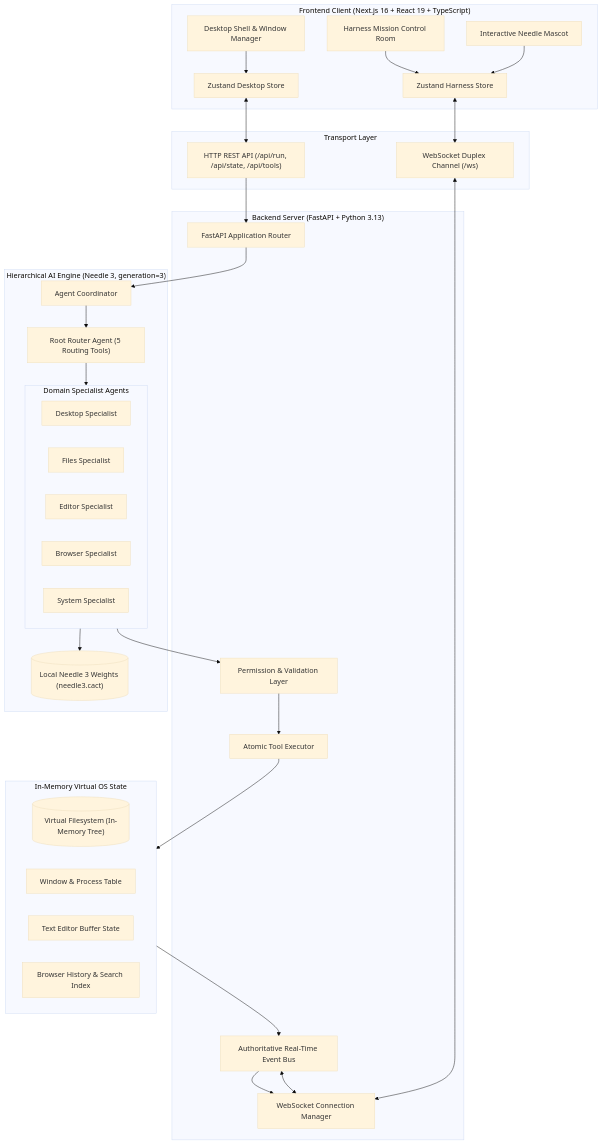
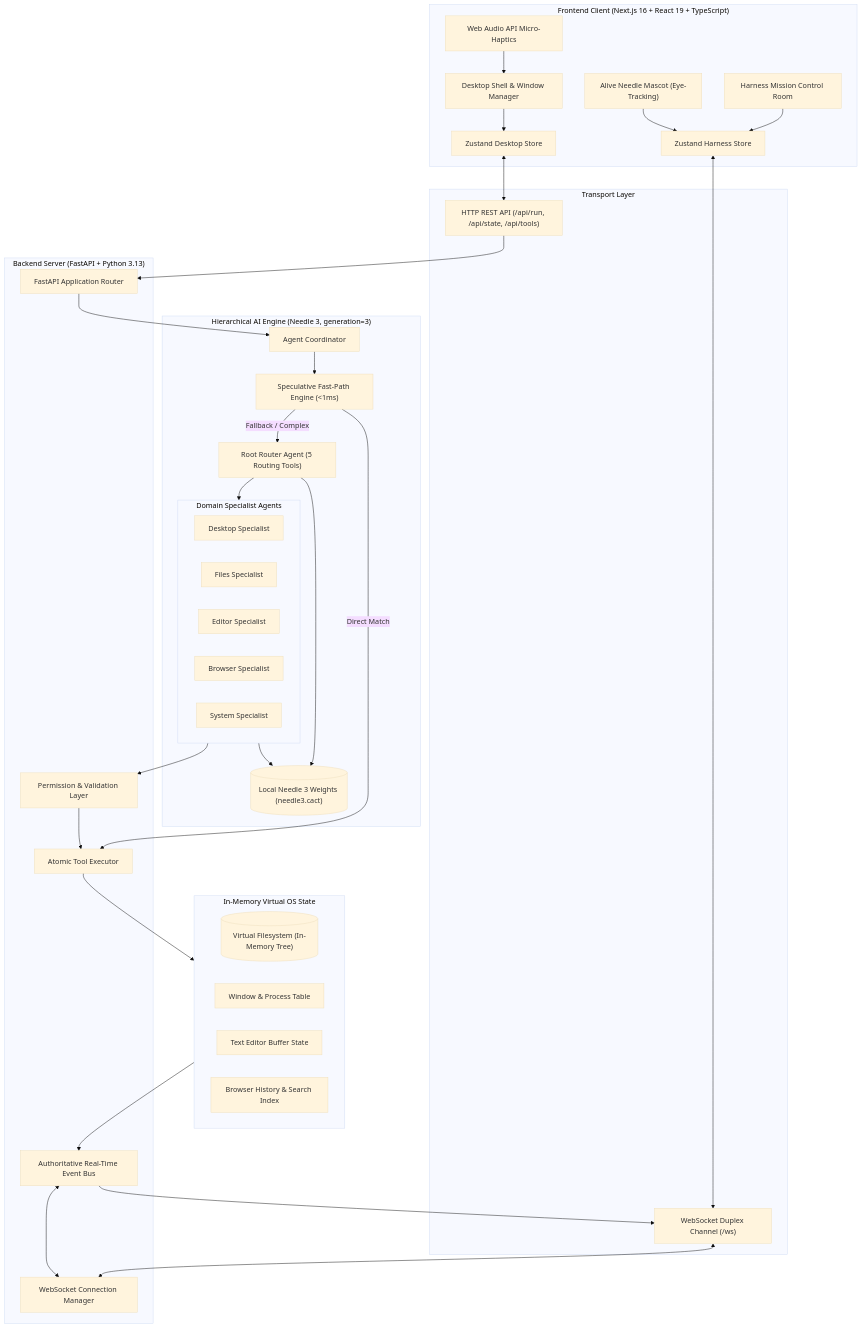
One commit to Abubakkar-Khan/NEO-OS changed the first of 5 diagrams in README.md. Above: the diagram before and after it, drawn with Mermaid (base theme). The commit also changed other lines of this file and 19 other files, not shown here.

Commit message:
feat: 153x acceleration, Nothing OS design system, alive mascot, audio haptics, and spotlight bar

````diff
--- a/README.md
+++ b/README.md
@@ -50,61 +55,67 @@
 ```mermaid
 flowchart TD
     subgraph Client["Frontend Client (Next.js 16 + React 19 + TypeScript)"]
         UI_Desktop["Desktop Shell & Window Manager"]
         UI_Harness["Harness Mission Control Room"]
-        UI_Mascot["Interactive Needle Mascot"]
+        UI_Mascot["Alive Needle Mascot (Eye-Tracking)"]
+        UI_Audio["Web Audio API Micro-Haptics"]
         Store_Desktop["Zustand Desktop Store"]
         Store_Harness["Zustand Harness Store"]
         UI_Desktop --> Store_Desktop
         UI_Harness --> Store_Harness
         UI_Mascot --> Store_Harness
+        UI_Audio --> UI_Desktop
     end
 
     subgraph Transport["Transport Layer"]
         HTTP["HTTP REST API (/api/run, /api/state, /api/tools)"]
         WS["WebSocket Duplex Channel (/ws)"]
     end
 
     subgraph Server["Backend Server (FastAPI + Python 3.13)"]
         API_Router["FastAPI Application Router"]
         Conn_Mgr["WebSocket Connection Manager"]
         Event_Bus["Authoritative Real-Time Event Bus"]
         Perm_Gate["Permission & Validation Layer"]
         Executor["Atomic Tool Executor"]
     end
 
     subgraph Agent_Core["Hierarchical AI Engine (Needle 3, generation=3)"]
+        Fast_Path["Speculative Fast-Path Engine (<1ms)"]
         Coord["Agent Coordinator"]
         Router["Root Router Agent (5 Routing Tools)"]
         subgraph Specialists["Domain Specialist Agents"]
             Desktop_Sp["Desktop Specialist"]
             Files_Sp["Files Specialist"]
             Editor_Sp["Editor Specialist"]
             Browser_Sp["Browser Specialist"]
             System_Sp["System Specialist"]
         end
         Local_Weights[("Local Needle 3 Weights (needle3.cact)")]
     end
 
     subgraph State_Layer["In-Memory Virtual OS State"]
         VFS[("Virtual Filesystem (In-Memory Tree)")]
         Proc_Table["Window & Process Table"]
         Editor_Buffer["Text Editor Buffer State"]
         Browser_Hist["Browser History & Search Index"]
     end
 
     Store_Desktop <--> HTTP
     Store_Harness <--> WS
     HTTP --> API_Router
     WS <--> Conn_Mgr
     Conn_Mgr <--> Event_Bus
     API_Router --> Coord
-    Coord --> Router
+    Coord --> Fast_Path
+    Fast_Path -->|Direct Match| Executor
+    Fast_Path -->|Fallback / Complex| Router
+    Router --> Local_Weights
     Router --> Specialists
     Specialists --> Local_Weights
     Specialists --> Perm_Gate
     Perm_Gate --> Executor
     Executor --> State_Layer
     State_Layer --> Event_Bus
-    Event_Bus --> Conn_Mgr
+    Event_Bus --> WS
 ```
````
